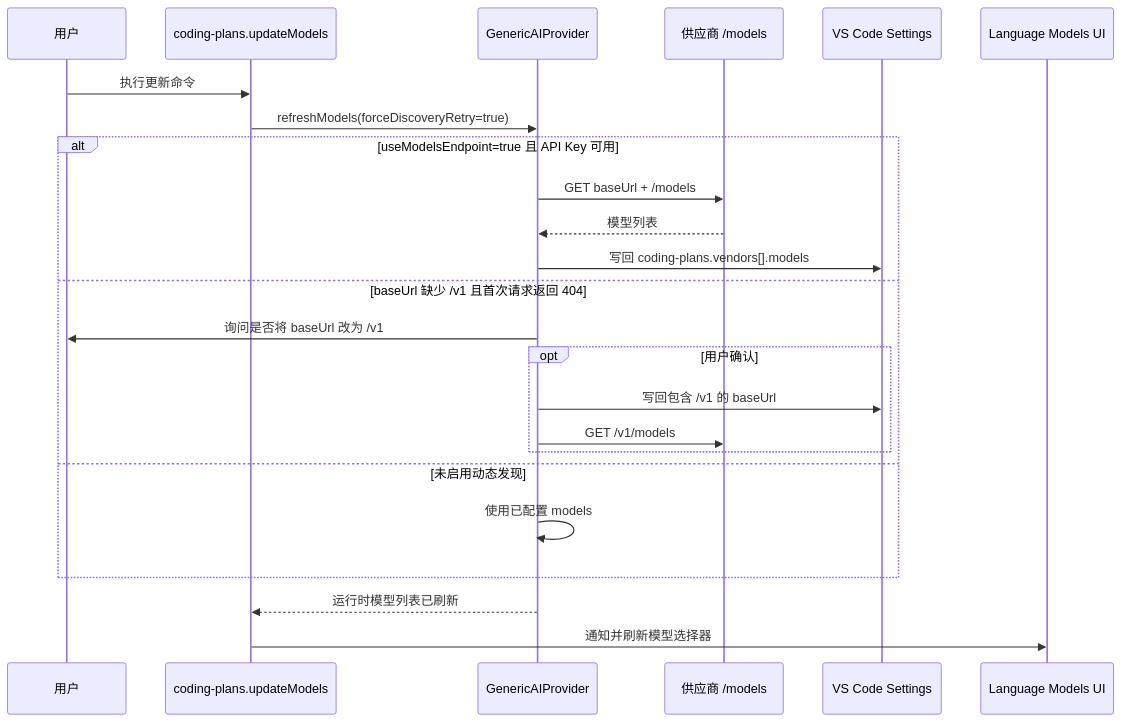
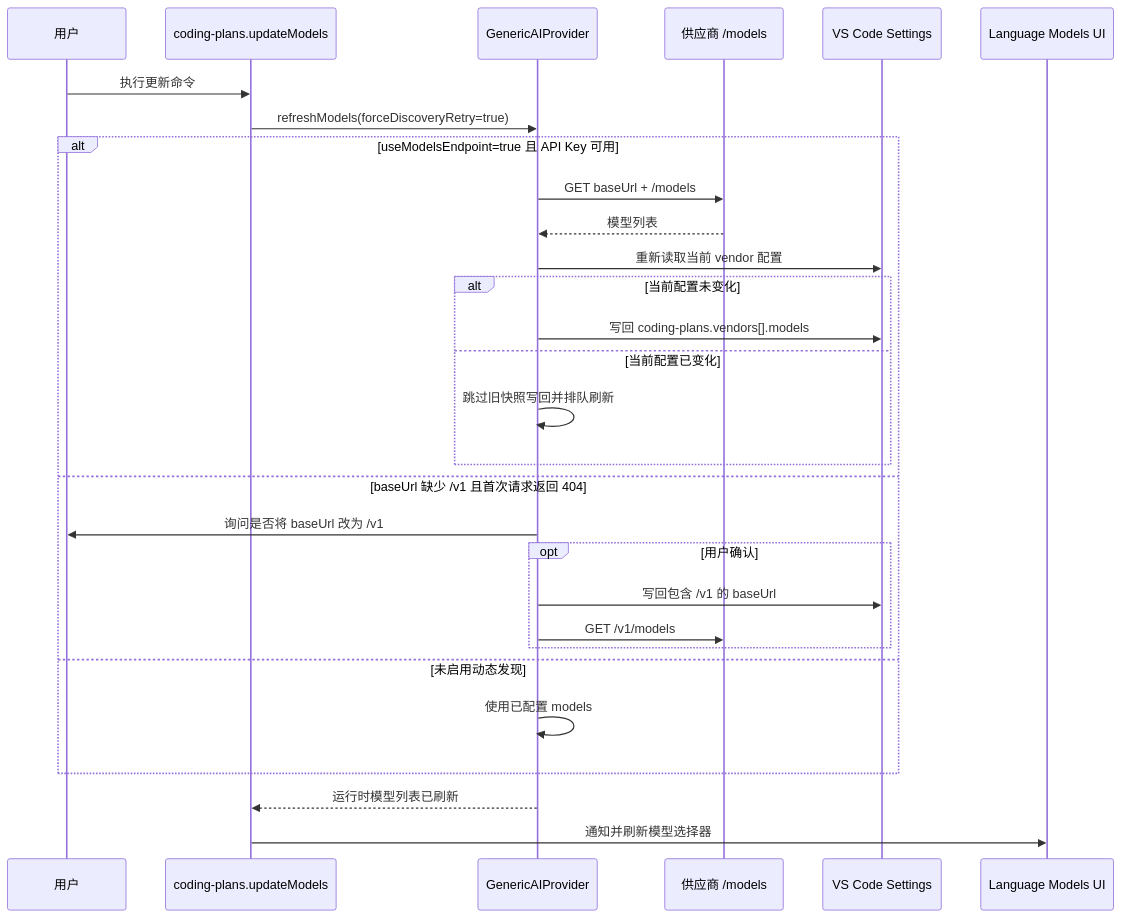
Before and after one commit to jqknono/coding-plans-for-copilot: the diagram in docs/cases/update-models-command.md, drawn with Mermaid. The commit also changed other lines of this file and 11 other files, not shown here.

````diff
--- a/docs/cases/update-models-command.md
+++ b/docs/cases/update-models-command.md
@@ -19,27 +23,32 @@
 ```mermaid
 sequenceDiagram
     participant User as 用户
     participant Command as coding-plans.updateModels
     participant Provider as GenericAIProvider
     participant Vendor as 供应商 /models
     participant Config as VS Code Settings
     participant UI as Language Models UI
 
     User->>Command: 执行更新命令
     Command->>Provider: refreshModels(forceDiscoveryRetry=true)
     alt useModelsEndpoint=true 且 API Key 可用
         Provider->>Vendor: GET baseUrl + /models
         Vendor-->>Provider: 模型列表
-        Provider->>Config: 写回 coding-plans.vendors[].models
+        Provider->>Config: 重新读取当前 vendor 配置
+        alt 当前配置未变化
+            Provider->>Config: 写回 coding-plans.vendors[].models
+        else 当前配置已变化
+            Provider->>Provider: 跳过旧快照写回并排队刷新
+        end
     else baseUrl 缺少 /v1 且首次请求返回 404
         Provider->>User: 询问是否将 baseUrl 改为 /v1
         opt 用户确认
             Provider->>Config: 写回包含 /v1 的 baseUrl
             Provider->>Vendor: GET /v1/models
         end
     else 未启用动态发现
         Provider->>Provider: 使用已配置 models
     end
     Provider-->>Command: 运行时模型列表已刷新
     Command->>UI: 通知并刷新模型选择器
 ```
````
